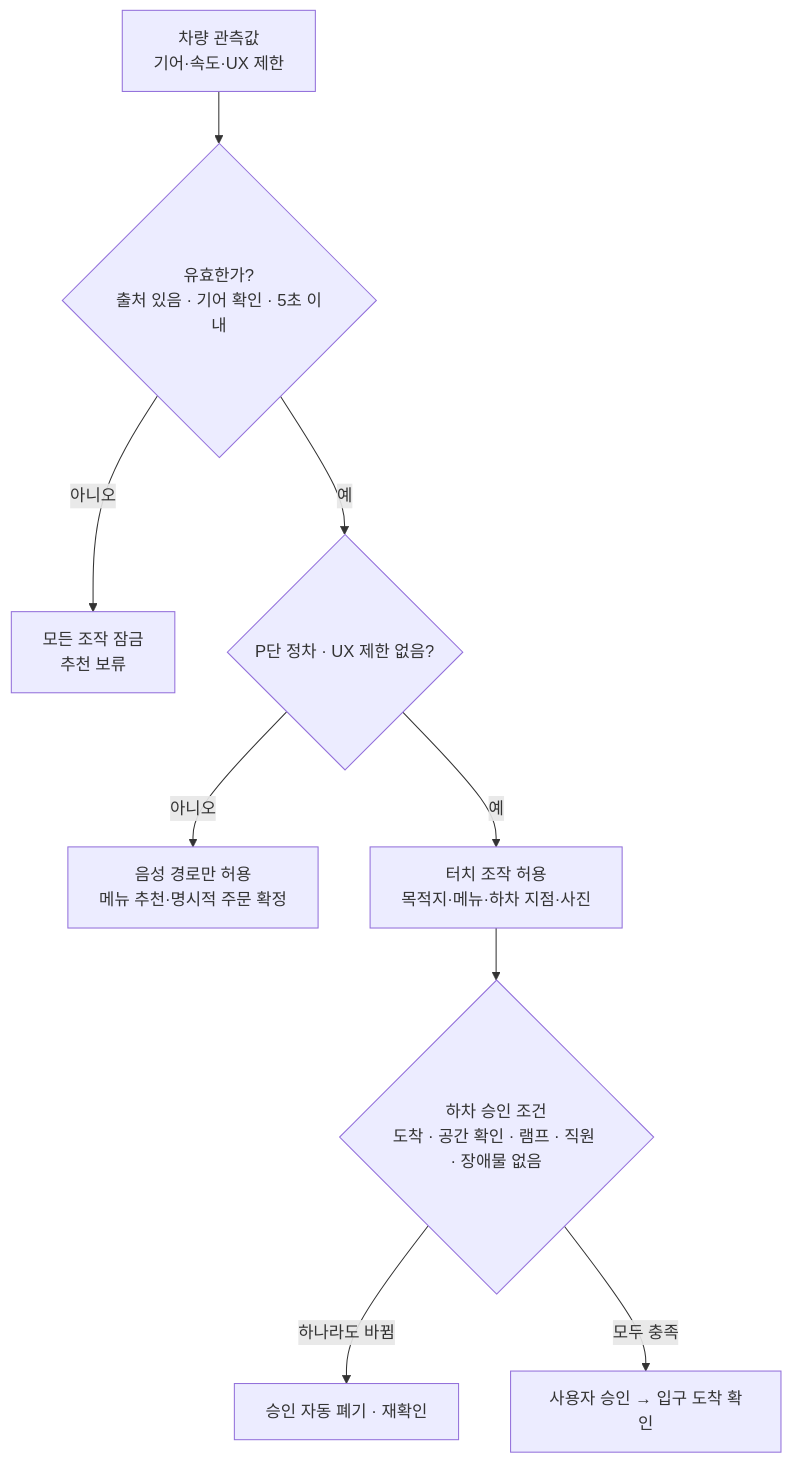
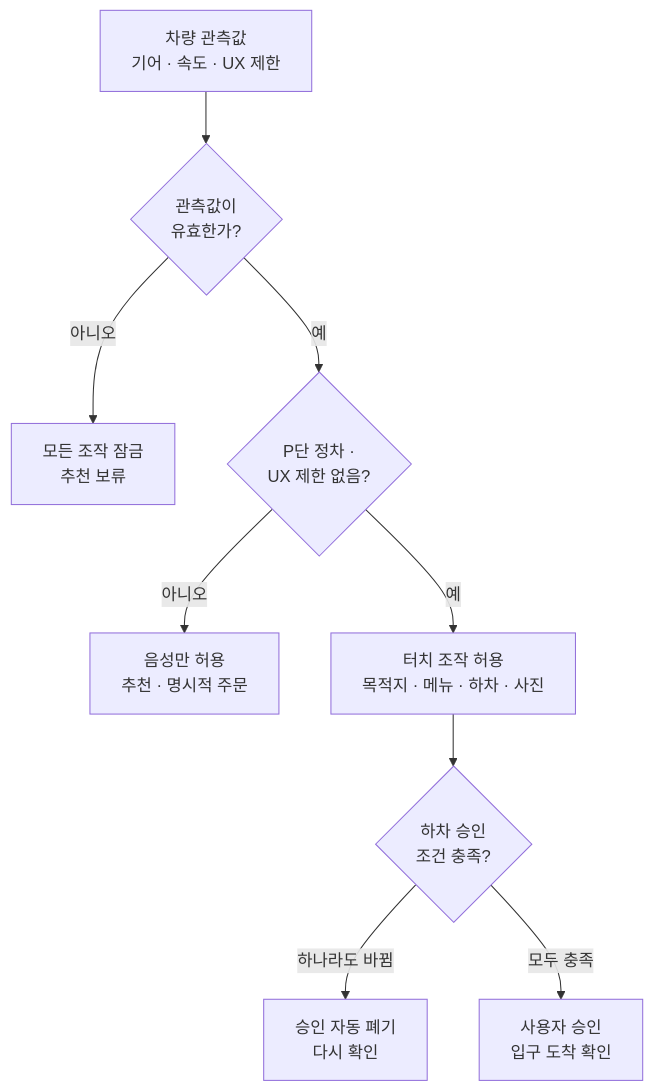
The second of 2 diagrams in docs/ARCHITECTURE.md (leechanghwanspace/Pleos-CurbLink), drawn with Mermaid before and after one commit. The commit also changed other lines of this file and 1 other file, not shown here.

First line of the commit message:
update: README·구조 문서 다이어그램 레이아웃 정리

````diff
--- a/docs/ARCHITECTURE.md
+++ b/docs/ARCHITECTURE.md
@@ -46,11 +48,11 @@
 ```mermaid
 flowchart TD
-  OBS["차량 관측값<br/>기어·속도·UX 제한"] --> V{"유효한가?<br/>출처 있음 · 기어 확인 · 5초 이내"}
+  OBS["차량 관측값<br/>기어 · 속도 · UX 제한"] --> V{"관측값이<br/>유효한가?"}
   V -->|아니오| LOCK["모든 조작 잠금<br/>추천 보류"]
-  V -->|예| P{"P단 정차 · UX 제한 없음?"}
-  P -->|아니오| VOICE["음성 경로만 허용<br/>메뉴 추천·명시적 주문 확정"]
-  P -->|예| EDIT["터치 조작 허용<br/>목적지·메뉴·하차 지점·사진"]
-  EDIT --> EXIT{"하차 승인 조건<br/>도착 · 공간 확인 · 램프 · 직원 · 장애물 없음"}
-  EXIT -->|하나라도 바뀜| REVOKE["승인 자동 폐기 · 재확인"]
-  EXIT -->|모두 충족| OK["사용자 승인 → 입구 도착 확인"]
+  V -->|예| P{"P단 정차 ·<br/>UX 제한 없음?"}
+  P -->|아니오| VOICE["음성만 허용<br/>추천 · 명시적 주문"]
+  P -->|예| EDIT["터치 조작 허용<br/>목적지 · 메뉴 · 하차 · 사진"]
+  EDIT --> EXIT{"하차 승인<br/>조건 충족?"}
+  EXIT -->|하나라도 바뀜| REVOKE["승인 자동 폐기<br/>다시 확인"]
+  EXIT -->|모두 충족| OK["사용자 승인<br/>입구 도착 확인"]
 ```
````
